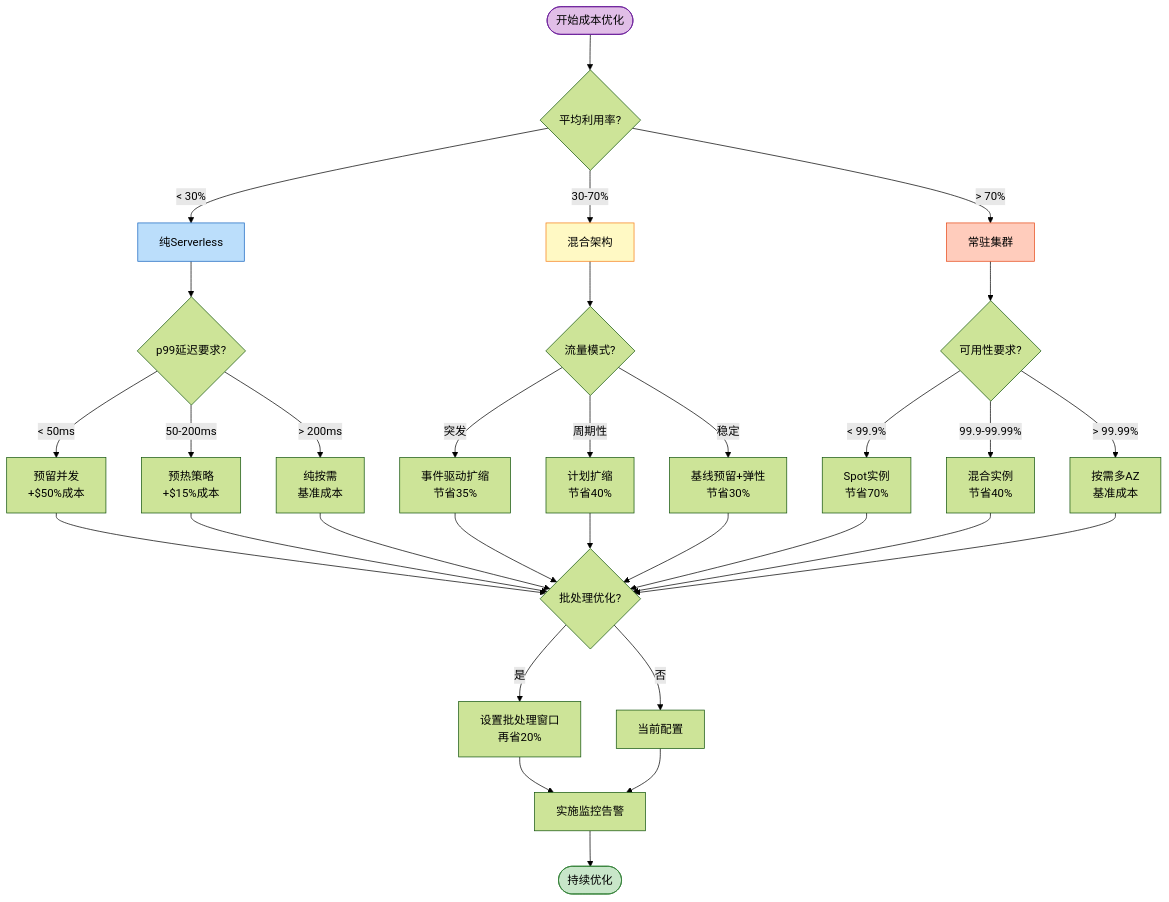
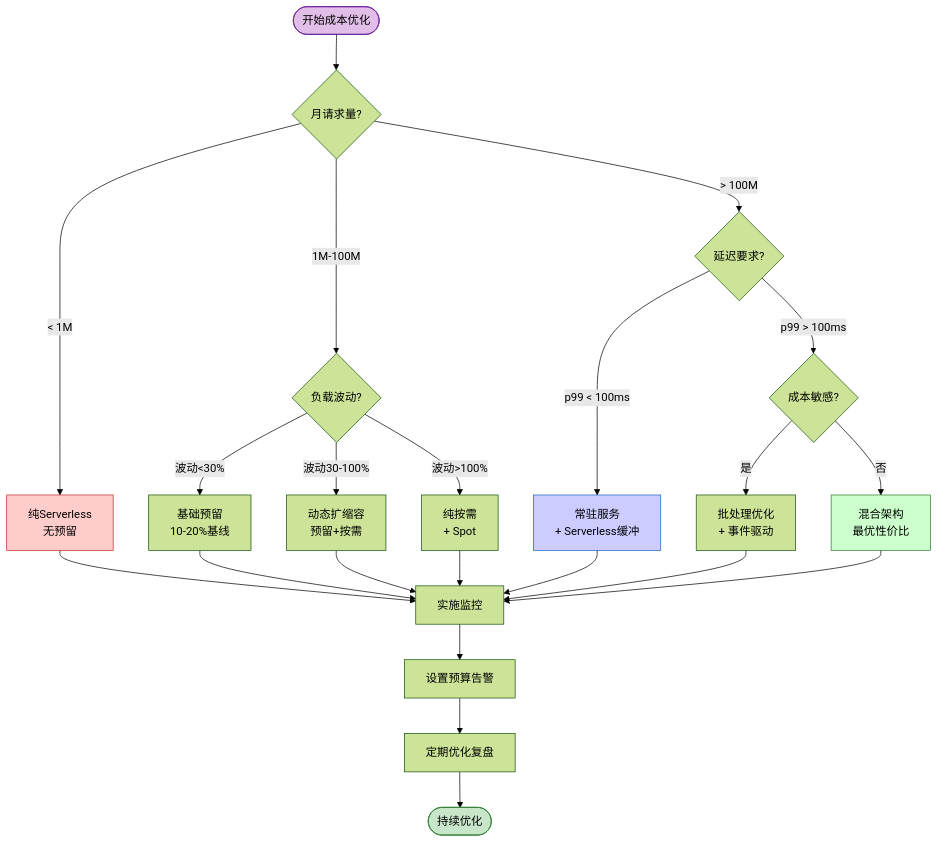
The first of 2 diagrams in Knowledge/06-frontier/serverless-streaming-cost-optimization.md (AdaMartin18010/AnalysisDataFlow), drawn with Mermaid (forest theme) before and after one commit. The commit also changed other lines of this file and 47 other files, not shown here.

````diff
--- a/Knowledge/06-frontier/serverless-streaming-cost-optimization.md
+++ b/Knowledge/06-frontier/serverless-streaming-cost-optimization.md
@@ -1002,42 +682,36 @@
 ```mermaid
 flowchart TD
-    START([开始成本优化]) --> Q1{平均利用率?}
+    START([开始成本优化]) --> Q1{月请求量?}
 
-    Q1 -->|< 30%| A1[纯Serverless]
-    Q1 -->|30-70%| A2[混合架构]
-    Q1 -->|> 70%| A3[常驻集群]
+    Q1 -->|< 1M| S1[纯Serverless<br/>无预留]
+    Q1 -->|1M-100M| Q2{负载波动?}
+    Q1 -->|> 100M| Q3{延迟要求?}
 
-    A1 --> Q2{p99延迟要求?}
-    A2 --> Q3{流量模式?}
-    A3 --> Q4{可用性要求?}
+    Q2 -->|波动<30%| S2[基础预留<br/>10-20%基线]
+    Q2 -->|波动30-100%| S3[动态扩缩容<br/>预留+按需]
+    Q2 -->|波动>100%| S4[纯按需<br/>+ Spot]
 
-    Q2 -->|< 50ms| B1[预留并发<br/>+$50%成本]
-    Q2 -->|50-200ms| B2[预热策略<br/>+$15%成本]
-    Q2 -->|> 200ms| B3[纯按需<br/>基准成本]
+    Q3 -->|p99 < 100ms| S5[常驻服务<br/>+ Serverless缓冲]
+    Q3 -->|p99 > 100ms| Q4{成本敏感?}
 
-    Q3 -->|突发| C1[事件驱动扩缩<br/>节省35%]
-    Q3 -->|周期性| C2[计划扩缩<br/>节省40%]
-    Q3 -->|稳定| C3[基线预留+弹性<br/>节省30%]
+    Q4 -->|是| S6[批处理优化<br/>+ 事件驱动]
+    Q4 -->|否| S7[混合架构<br/>最优性价比]
 
-    Q4 -->|< 99.9%| D1[Spot实例<br/>节省70%]
-    Q4 -->|99.9-99.99%| D2[混合实例<br/>节省40%]
-    Q4 -->|> 99.99%| D3[按需多AZ<br/>基准成本]
+    S1 --> T1[实施监控]
+    S2 --> T1
+    S3 --> T1
+    S4 --> T1
+    S5 --> T1
+    S6 --> T1
+    S7 --> T1
 
-    B1 & B2 & B3 --> E1{批处理优化?}
-    C1 & C2 & C3 --> E1
-    D1 & D2 & D3 --> E1
-
-    E1 -->|是| F1[设置批处理窗口<br/>再省20%]
-    E1 -->|否| F2[当前配置]
-
-    F1 --> G1[实施监控告警]
-    F2 --> G1
-
-    G1 --> END([持续优化])
+    T1 --> T2[设置预算告警]
+    T2 --> T3[定期优化复盘]
+    T3 --> END([持续优化])
 
     style START fill:#e1bee7,stroke:#6a1b9a
     style END fill:#c8e6c9,stroke:#2e7d32
-    style A1 fill:#bbdefb,stroke:#1565c0
-    style A2 fill:#fff9c4,stroke:#f57f17
-    style A3 fill:#ffccbc,stroke:#e64a19
+    style S1 fill:#ffcccc,stroke:#c62828
+    style S5 fill:#ccccff,stroke:#1565c0
+    style S7 fill:#ccffcc,stroke:#2e7d32
 ```
````
